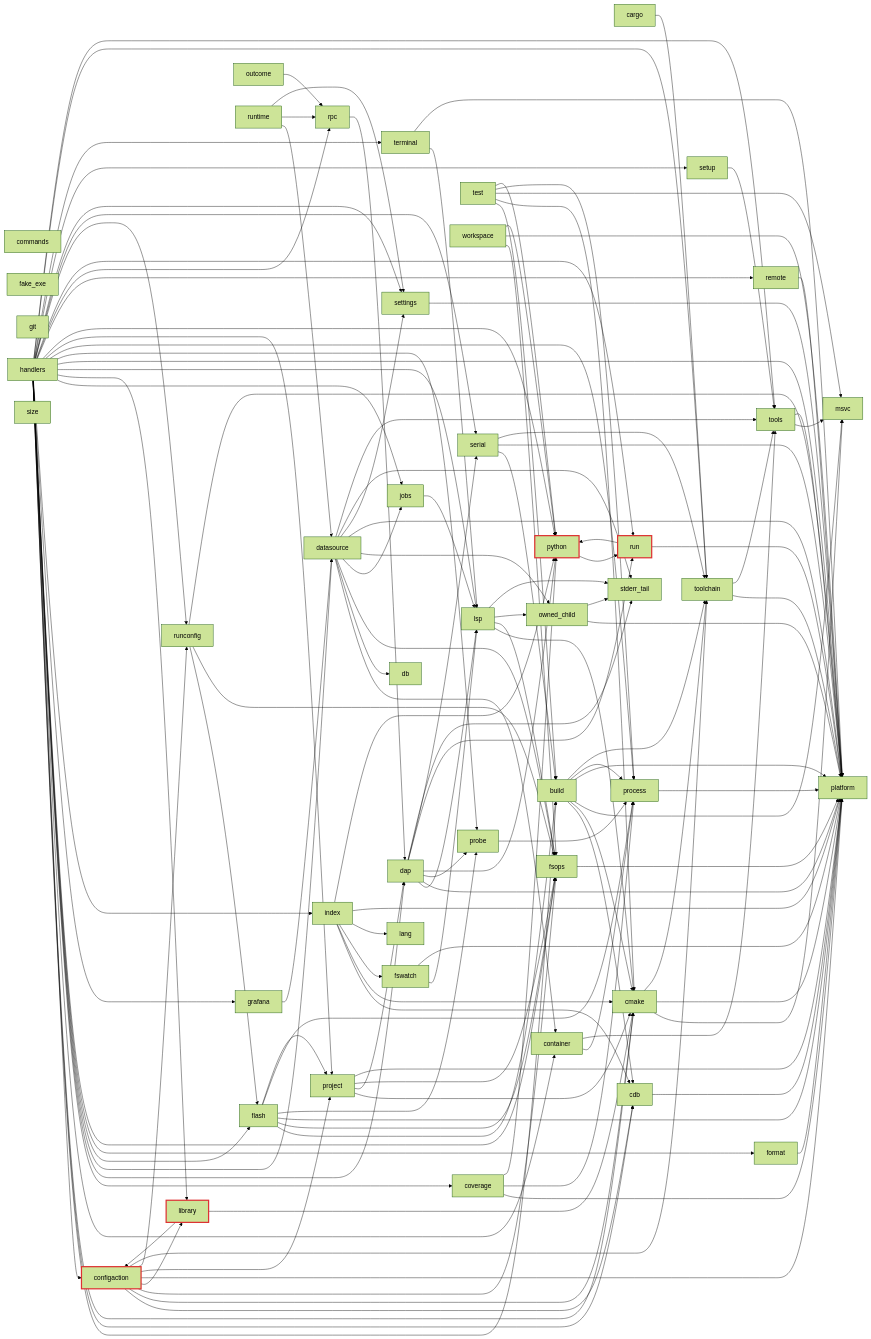
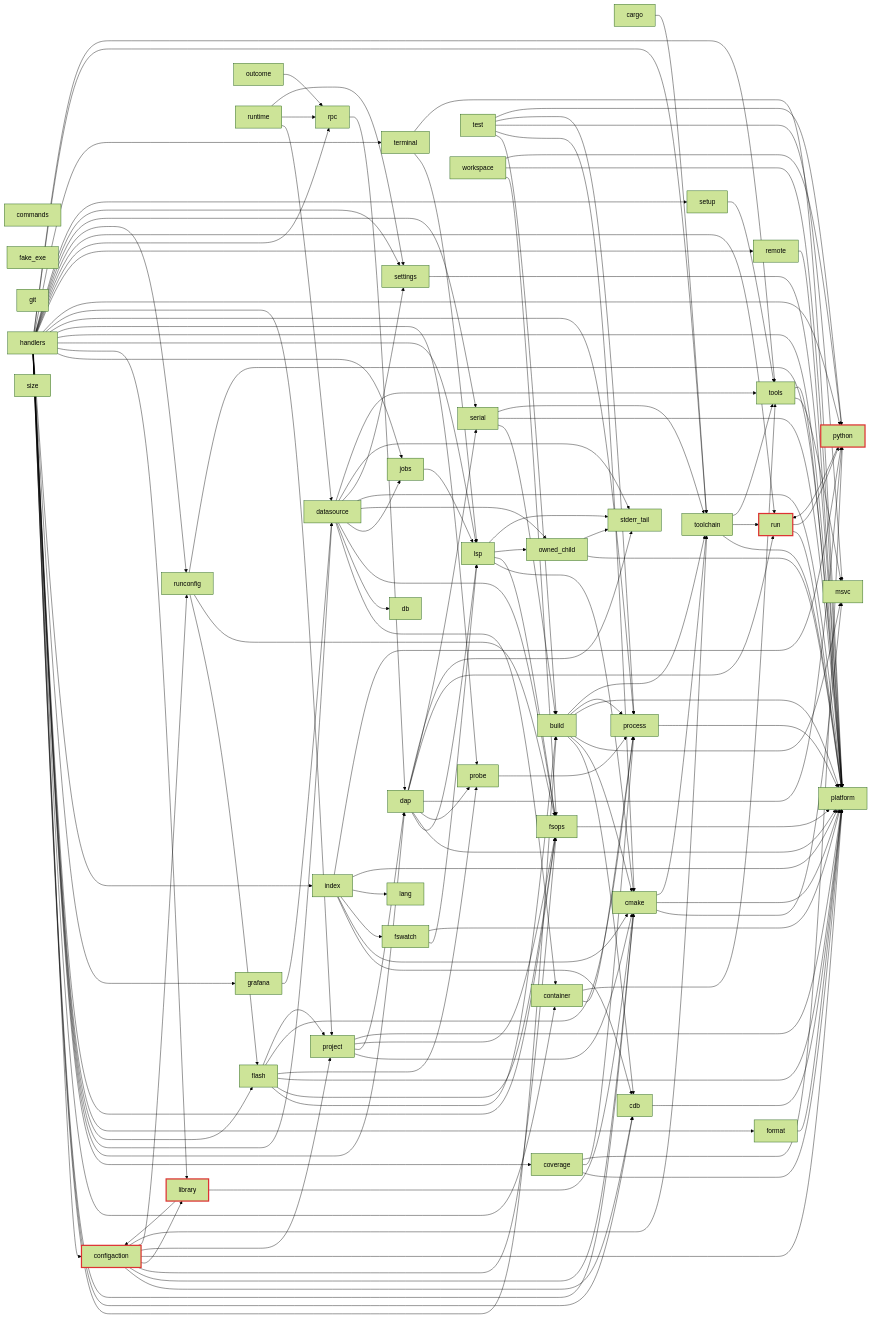
One commit to ViktorWalde/KineinVectis changed the third of 16 diagrams in DocsPublic/arquitetura/01-mapa-de-modulos.md. Above: the diagram before and after it, drawn with Mermaid (forest theme). The commit also changed other lines of this file and 8 other files, not shown here.

```diff
--- a/DocsPublic/arquitetura/01-mapa-de-modulos.md
+++ b/DocsPublic/arquitetura/01-mapa-de-modulos.md
@@ -268,6 +268,7 @@
   n_core_test --> n_core_process
   n_core_test --> n_core_python
   n_core_toolchain --> n_core_platform
+  n_core_toolchain --> n_core_run
   n_core_toolchain --> n_core_tools
   n_core_tools --> n_core_msvc
   n_core_tools --> n_core_platform
```
